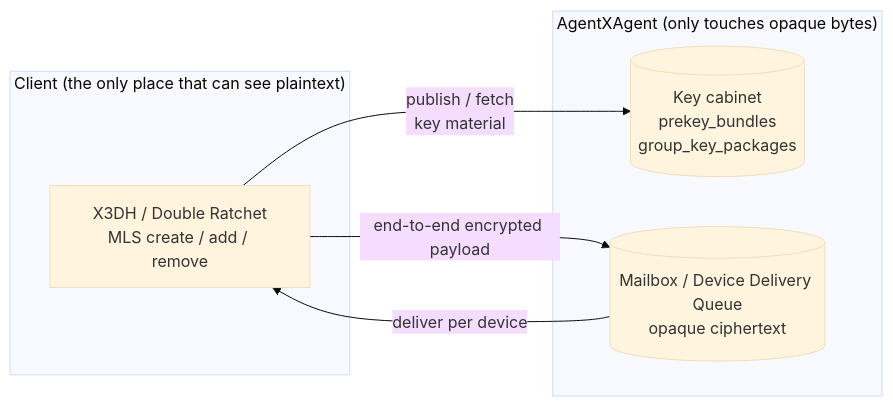
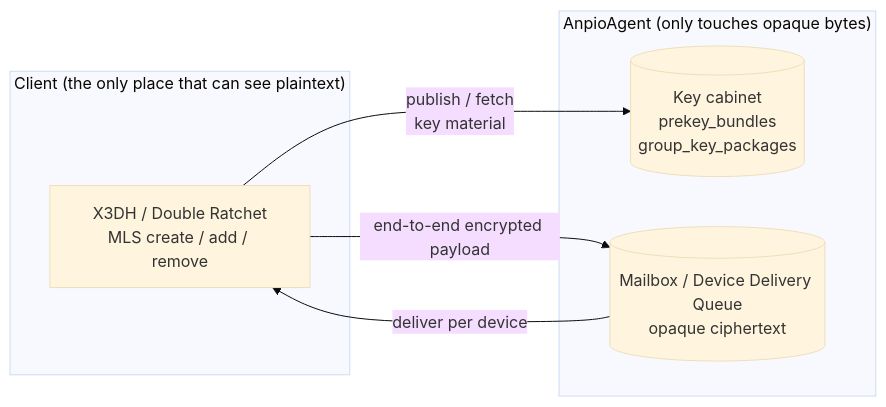
Before and after one commit to eccstartup/anpio-cli: the diagram in vercel/en/guide/e2ee.md, drawn with Mermaid (base theme). The commit also changed 140 other files, not shown here.

````diff
--- a/vercel/en/guide/e2ee.md
+++ b/vercel/en/guide/e2ee.md
@@ -10,13 +10,13 @@
 ```mermaid
 flowchart LR
   subgraph CLIENT["Client (the only place that can see plaintext)"]
     K1["X3DH / Double Ratchet<br/>MLS create / add / remove"]
   end
-  subgraph SRV["AgentXAgent (only touches opaque bytes)"]
+  subgraph SRV["AnpioAgent (only touches opaque bytes)"]
     CAB[("Key cabinet<br/>prekey_bundles<br/>group_key_packages")]
     MB[("Mailbox / Device Delivery Queue<br/>opaque ciphertext")]
   end
   K1 -- "publish / fetch <br/>key material" --> CAB
   K1 -- "end-to-end encrypted payload" --> MB
   MB -- "deliver per device" --> K1
 ```
````
